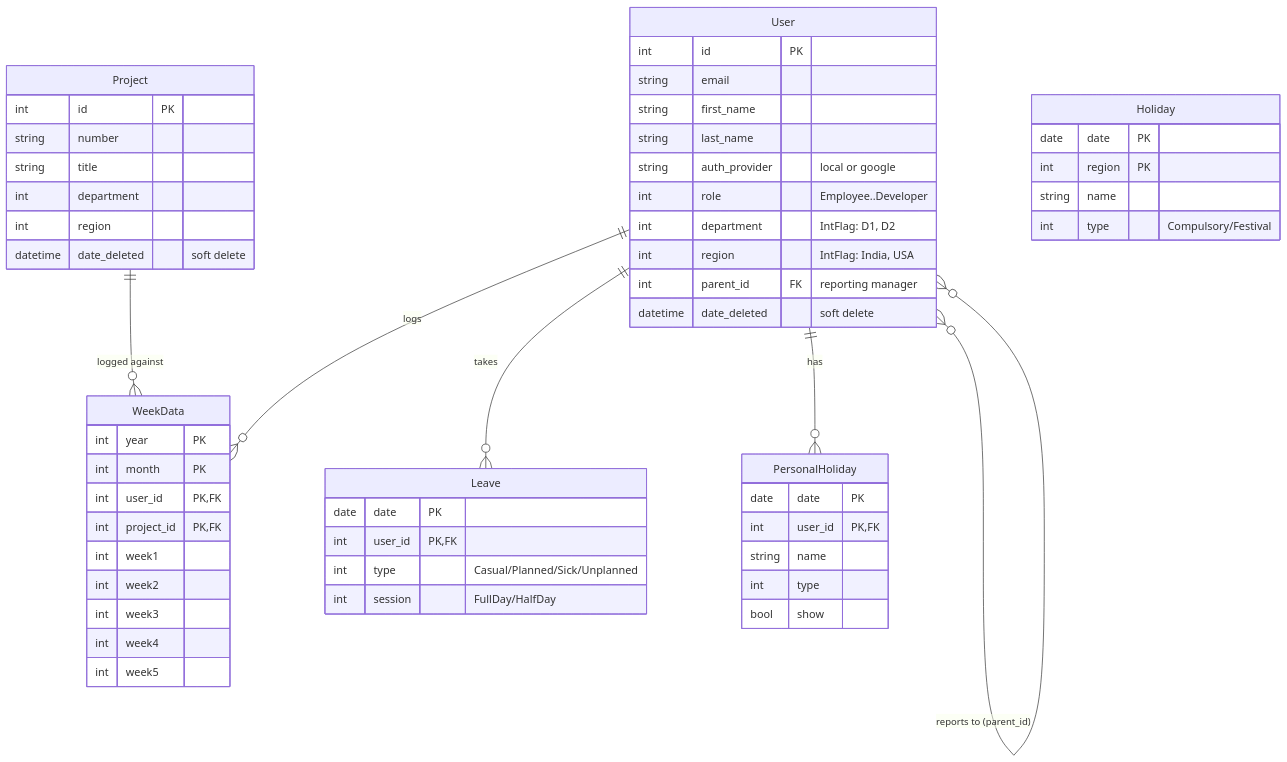
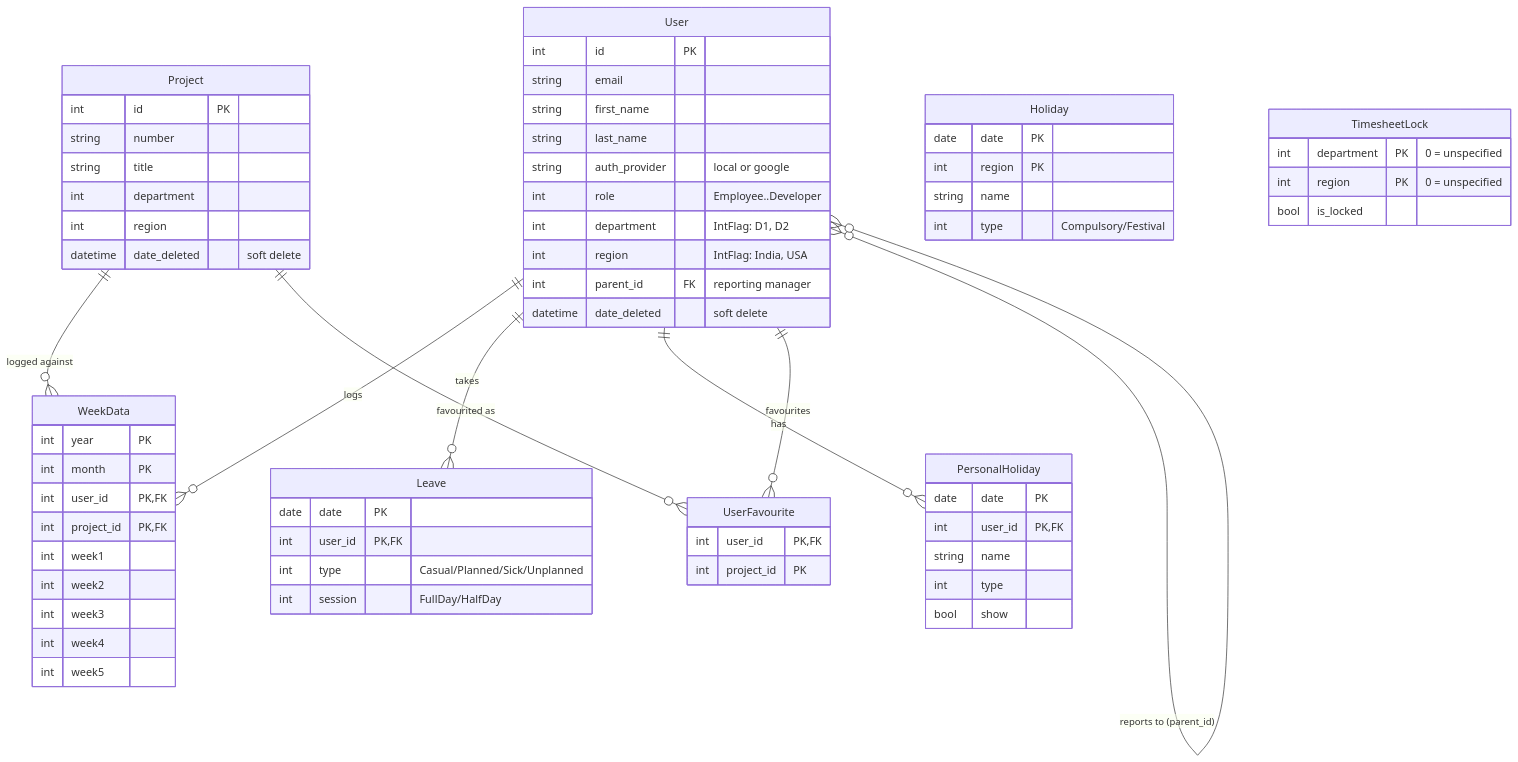
One commit to amulyavarshney/Resource-Management-System changed the first of 3 diagrams in backend/README.md. Above: the diagram before and after it, drawn with Mermaid. The commit also changed other lines of this file and 9 other files, not shown here.

````diff
--- a/backend/README.md
+++ b/backend/README.md
@@ -42,59 +42,70 @@
 ```mermaid
 erDiagram
     User ||--o{ WeekData : logs
     User ||--o{ Leave : takes
     User ||--o{ PersonalHoliday : has
+    User ||--o{ UserFavourite : favourites
     User }o--o{ User : "reports to (parent_id)"
     Project ||--o{ WeekData : "logged against"
+    Project ||--o{ UserFavourite : "favourited as"
 
     User {
         int id PK
         string email
         string first_name
         string last_name
         string auth_provider "local or google"
         int role "Employee..Developer"
         int department "IntFlag: D1, D2"
         int region "IntFlag: India, USA"
         int parent_id FK "reporting manager"
         datetime date_deleted "soft delete"
     }
     Project {
         int id PK
         string number
         string title
         int department
         int region
         datetime date_deleted "soft delete"
     }
     WeekData {
         int year PK
         int month PK
         int user_id PK, FK
         int project_id PK, FK
         int week1
         int week2
         int week3
         int week4
         int week5
     }
     Leave {
         date date PK
         int user_id PK, FK
         int type "Casual/Planned/Sick/Unplanned"
         int session "FullDay/HalfDay"
     }
     Holiday {
         date date PK
         int region PK
         string name
         int type "Compulsory/Festival"
     }
     PersonalHoliday {
         date date PK
         int user_id PK, FK
         string name
         int type
         bool show
     }
+    TimesheetLock {
+        int department PK "0 = unspecified"
+        int region PK "0 = unspecified"
+        bool is_locked
+    }
+    UserFavourite {
+        int user_id PK, FK
+        int project_id PK
+    }
 ```
````
